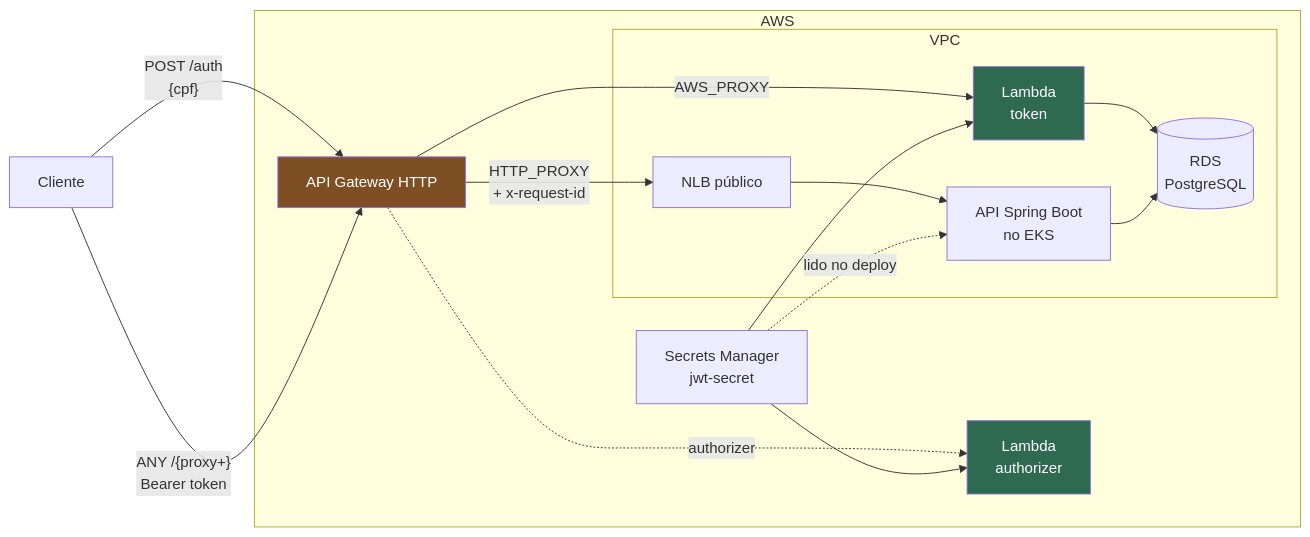
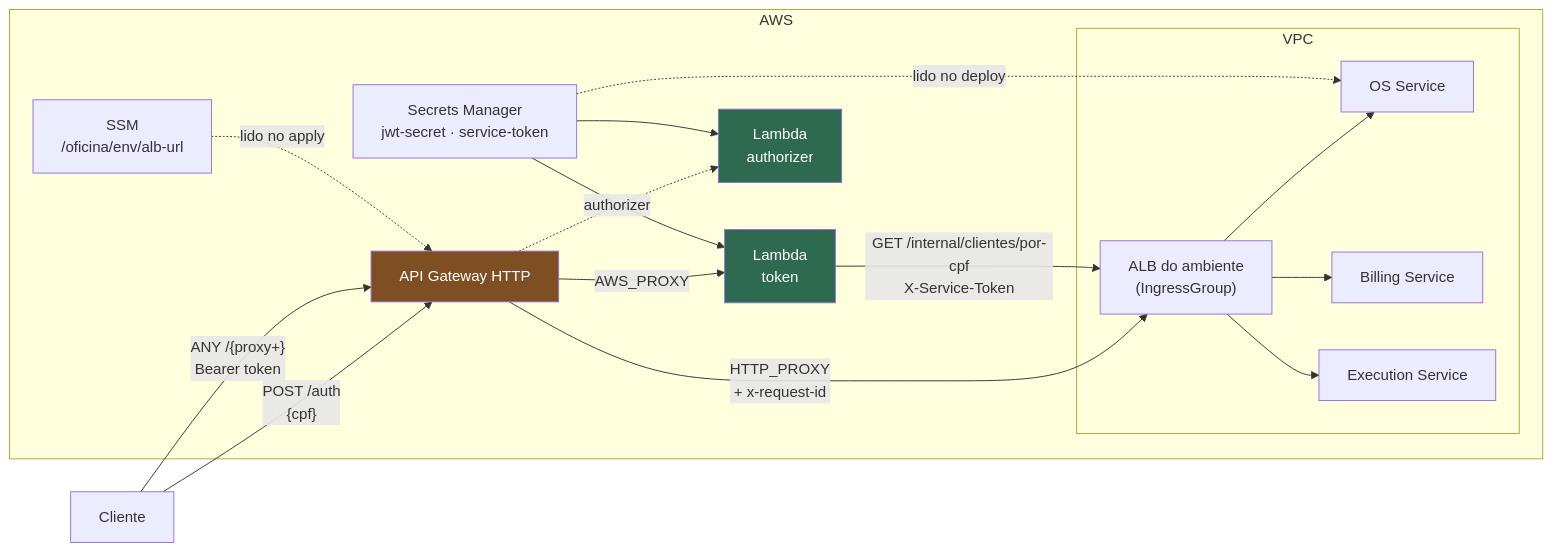
The diagram in README.md (soat13-oficina/oficina-lambda-auth), drawn with Mermaid before and after one commit. The commit also changed other lines of this file and 21 other files, not shown here.

First line of the commit message:
feat: consulta o cliente no OS Service por HTTP e roteia pelo ALB

````diff
--- a/README.md
+++ b/README.md
@@ -17,26 +19,28 @@
 ```mermaid
 flowchart LR
     C["Cliente"] -->|"POST /auth<br/>{cpf}"| GW
     C -->|"ANY /{proxy+}<br/>Bearer token"| GW
 
     subgraph aws["AWS"]
         GW["API Gateway HTTP"]
         GW -->|"AWS_PROXY"| TOKEN["Lambda<br/>token"]
         GW -.->|"authorizer"| AUTHZ["Lambda<br/>authorizer"]
-        GW -->|"HTTP_PROXY<br/>+ x-request-id"| NLB["NLB público"]
+        GW -->|"HTTP_PROXY<br/>+ x-request-id"| ALB["ALB do ambiente<br/>(IngressGroup)"]
+        TOKEN -->|"GET /internal/clientes/por-cpf<br/>X-Service-Token"| ALB
 
         subgraph vpc["VPC"]
-            TOKEN --> RDS[("RDS<br/>PostgreSQL")]
-            NLB --> APP["API Spring Boot<br/>no EKS"]
-            APP --> RDS
+            ALB --> OS["OS Service"]
+            ALB --> BILL["Billing Service"]
+            ALB --> EXE["Execution Service"]
         end
 
-        SM["Secrets Manager<br/>jwt-secret"] --> TOKEN
+        SM["Secrets Manager<br/>jwt-secret · service-token"] --> TOKEN
         SM --> AUTHZ
-        SM -.->|"lido no deploy"| APP
+        SM -.->|"lido no deploy"| OS
+        SSM["SSM<br/>/oficina/env/alb-url"] -.->|"lido no apply"| GW
     end
 
     style GW fill:#7f4f24,color:#fff
     style TOKEN fill:#2d6a4f,color:#fff
     style AUTHZ fill:#2d6a4f,color:#fff
 ```
````
